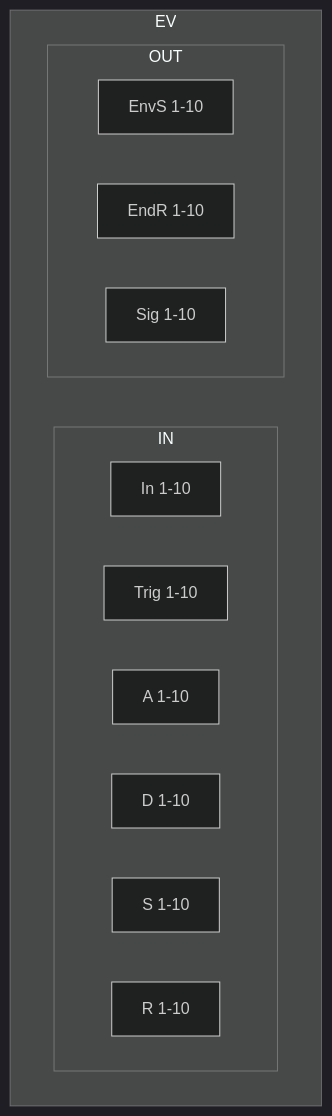
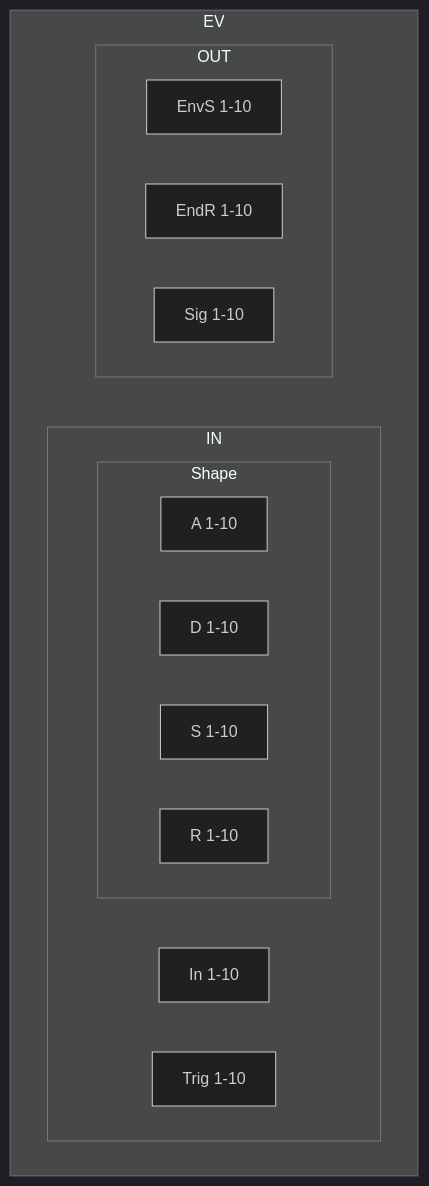
One commit to acumartini/dectet-public changed the fifth of 30 diagrams in README.md. Above: the diagram before and after it, drawn with Mermaid (dark theme). The commit also changed other lines of this file, not shown here.

Commit message:
WIP: test markdown links in mermaid

````diff
--- a/README.md
+++ b/README.md
@@ -646,20 +667,23 @@
 ```mermaid
 flowchart TD
   subgraph EV
     subgraph EV_IN[IN]
       direction LR
         EV_IN_In[In 1-10]
         EV_IN_Trig[Trig 1-10]
-        EV_IN_A[A 1-10]
-        EV_IN_D[D 1-10]
-        EV_IN_S[S 1-10]
-        EV_IN_R[R 1-10]
+        subgraph CQ_IN_Shape[Shape]
+          direction LR
+            EV_IN_A[A 1-10]
+            EV_IN_D[D 1-10]
+            EV_IN_S[S 1-10]
+            EV_IN_R[R 1-10]
+        end
     end
     subgraph EV_OUT[OUT]
       direction LR
         EV_OUT_EnvS[EnvS 1-10]
         EV_OUT_EndR[EndR 1-10]
         EV_OUT_Sig[Sig 1-10]
     end
   end
 ```
````
